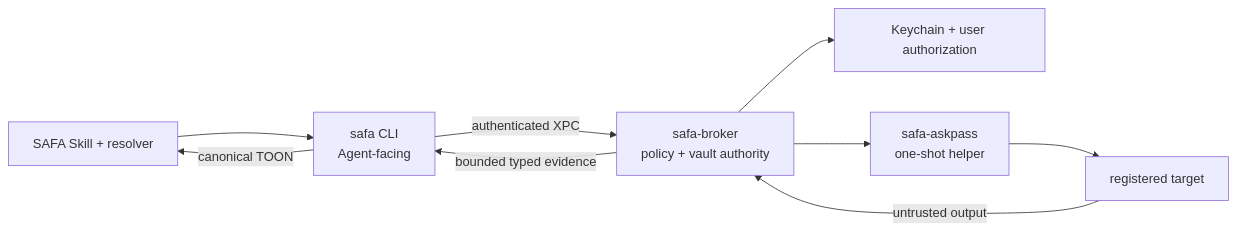
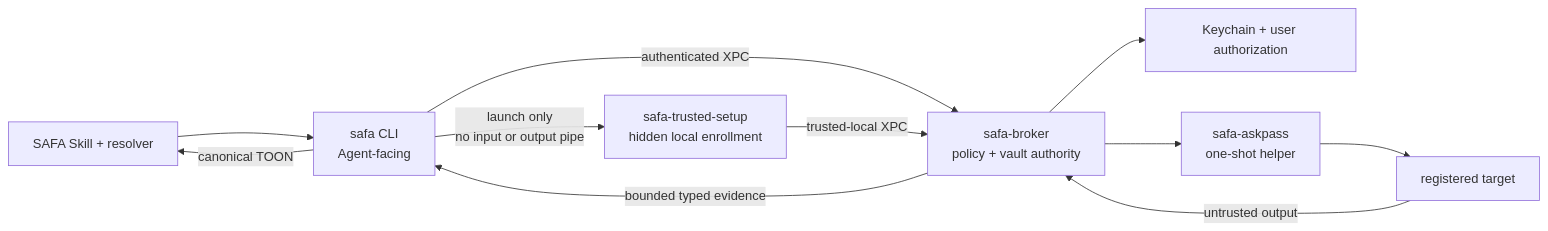
One commit to juju-w/safa-runtime changed the diagram in README.md. Above: the diagram before and after it, drawn with Mermaid. The commit also changed other lines of this file and 32 other files, not shown here.

Commit message:
feat(resource): add trusted password SSH enrollment

````diff
--- a/README.md
+++ b/README.md
@@ -33,11 +33,13 @@
 ```mermaid
 flowchart LR
     Skill["SAFA Skill + resolver"] --> CLI["safa CLI\nAgent-facing"]
     CLI -->|"authenticated XPC"| Broker["safa-broker\npolicy + vault authority"]
+    CLI -->|"launch only\nno input or output pipe"| Setup["safa-trusted-setup\nhidden local enrollment"]
+    Setup -->|"trusted-local XPC"| Broker
     Broker --> Keychain["Keychain + user authorization"]
     Broker --> AskPass["safa-askpass\none-shot helper"]
     AskPass --> Target["registered target"]
     Target -->|"untrusted output"| Broker
     Broker -->|"bounded typed evidence"| CLI
     CLI -->|"canonical TOON"| Skill
 ```
````
